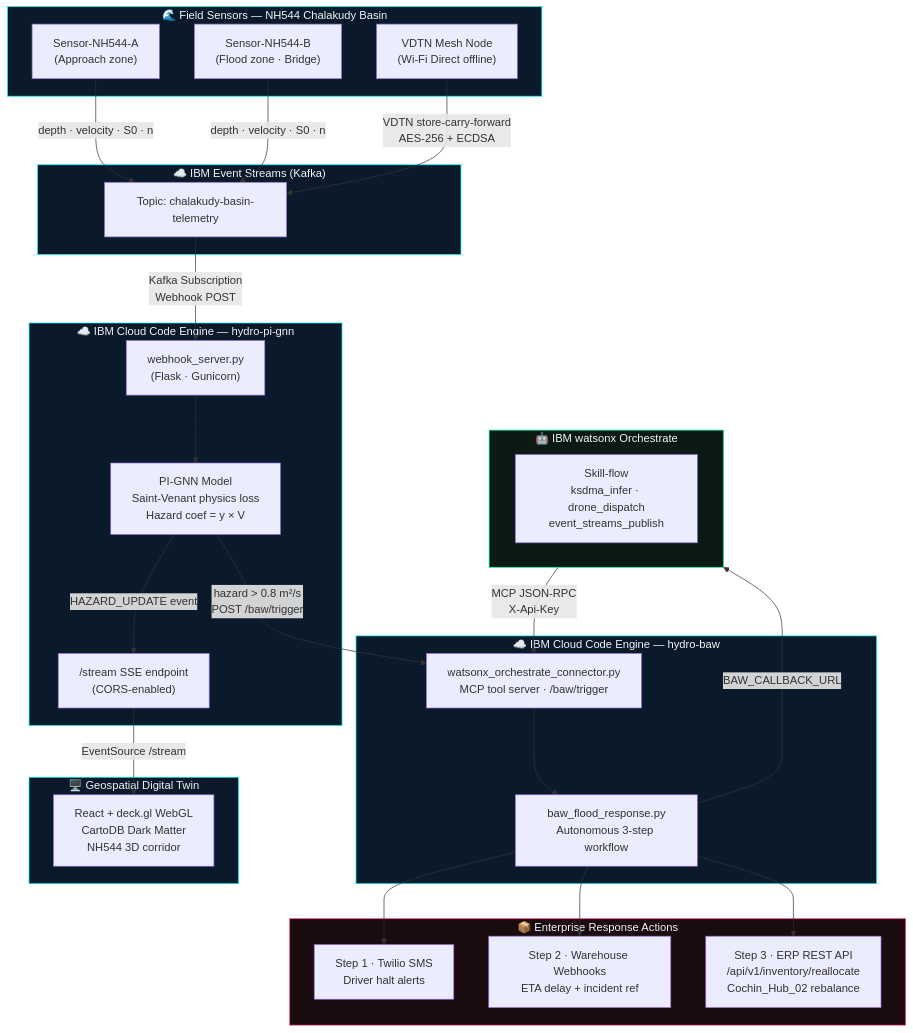
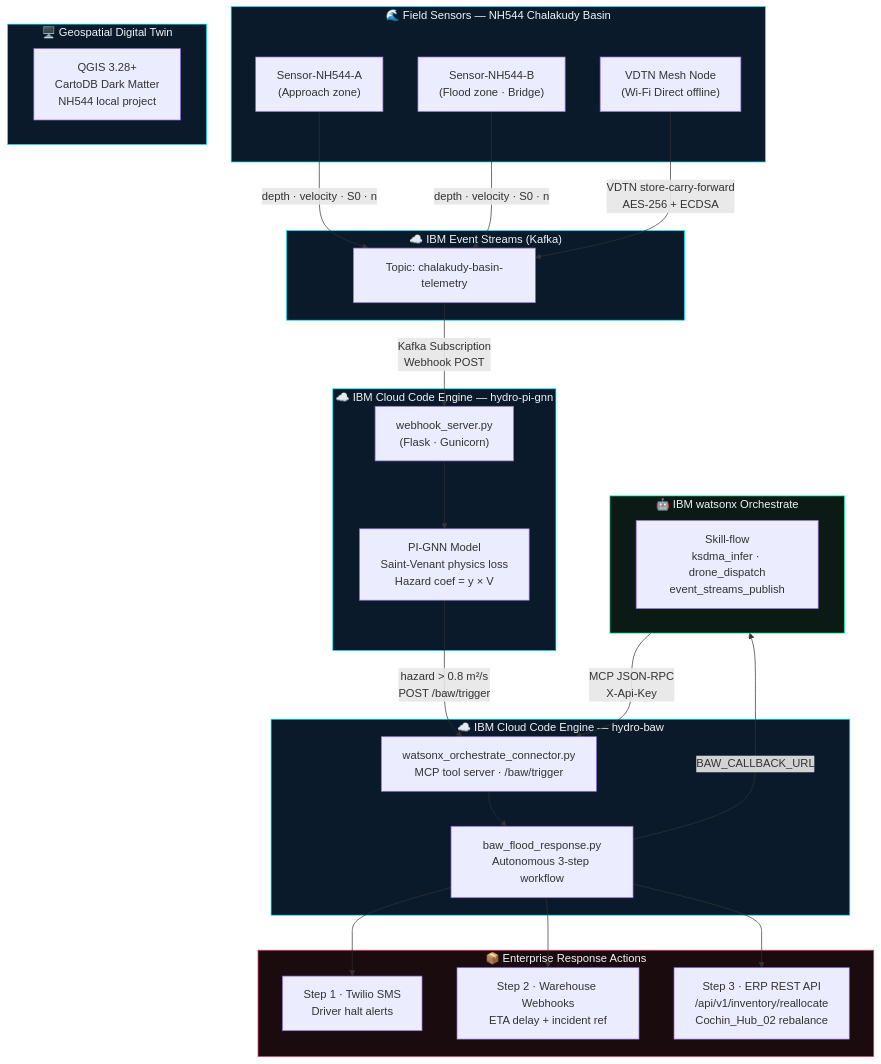
One commit to phi5ic/tmp changed the diagram in README.md. Above: the diagram before and after it, drawn with Mermaid. The commit also changed other lines of this file and 51 other files, not shown here.

````diff
--- a/README.md
+++ b/README.md
@@ -42,64 +42,60 @@
 ```mermaid
 flowchart TD
     subgraph SENSORS["🌊 Field Sensors — NH544 Chalakudy Basin"]
         SensorA["Sensor-NH544-A\n(Approach zone)"]
         SensorB["Sensor-NH544-B\n(Flood zone · Bridge)"]
         VDTN["VDTN Mesh Node\n(Wi-Fi Direct offline)"]
     end
 
     subgraph IBM_STREAMS["☁️ IBM Event Streams (Kafka)"]
         TOPIC["Topic: chalakudy-basin-telemetry"]
     end
 
     subgraph CE_PIGNN["☁️ IBM Cloud Code Engine — hydro-pi-gnn"]
         WEBHOOK["webhook_server.py\n(Flask · Gunicorn)"]
         PIGNN_MODEL["PI-GNN Model\nSaint-Venant physics loss\nHazard coef = y × V"]
-        SSE["/stream SSE endpoint\n(CORS-enabled)"]
     end
 
     subgraph CE_BAW["☁️ IBM Cloud Code Engine — hydro-baw"]
         MCP["watsonx_orchestrate_connector.py\nMCP tool server · /baw/trigger"]
         BAW["baw_flood_response.py\nAutonomous 3-step workflow"]
     end
 
     subgraph BAW_ACTIONS["📦 Enterprise Response Actions"]
         SMS["Step 1 · Twilio SMS\nDriver halt alerts"]
         WH["Step 2 · Warehouse Webhooks\nETA delay + incident ref"]
         ERP["Step 3 · ERP REST API\n/api/v1/inventory/reallocate\nCochin_Hub_02 rebalance"]
     end
 
     subgraph ORCHESTRATE["🤖 IBM watsonx Orchestrate"]
         SKILL["Skill-flow\nksdma_infer · drone_dispatch\nevent_streams_publish"]
     end
 
     subgraph TWIN["🖥️ Geospatial Digital Twin"]
-        UI["React + deck.gl WebGL\nCartoDB Dark Matter\nNH544 3D corridor"]
+        UI["QGIS 3.28+\nCartoDB Dark Matter\nNH544 local project"]
     end
 
     SensorA -->|"depth · velocity · S0 · n"| TOPIC
     SensorB -->|"depth · velocity · S0 · n"| TOPIC
     VDTN    -->|"VDTN store-carry-forward\nAES-256 + ECDSA"| TOPIC
 
     TOPIC -->|"Kafka Subscription\nWebhook POST"| WEBHOOK
     WEBHOOK --> PIGNN_MODEL
     PIGNN_MODEL -->|"hazard > 0.8 m²/s\nPOST /baw/trigger"| MCP
-    PIGNN_MODEL -->|"HAZARD_UPDATE event"| SSE
-
-    SSE -->|"EventSource /stream"| UI
 
     MCP --> BAW
     BAW --> SMS
     BAW --> WH
     BAW --> ERP
     BAW -->|"BAW_CALLBACK_URL"| ORCHESTRATE
 
     ORCHESTRATE -->|"MCP JSON-RPC\nX-Api-Key"| MCP
 
     style SENSORS       fill:#0b1a2a,stroke:#00f0ff,color:#f0f4f8
     style IBM_STREAMS   fill:#0b1a2a,stroke:#00f0ff,color:#f0f4f8
     style CE_PIGNN      fill:#0b1a2a,stroke:#00f0ff,color:#f0f4f8
     style CE_BAW        fill:#0b1a2a,stroke:#00f0ff,color:#f0f4f8
     style BAW_ACTIONS   fill:#1a0b0f,stroke:#ff3366,color:#f0f4f8
     style ORCHESTRATE   fill:#0b1a14,stroke:#00ff9d,color:#f0f4f8
     style TWIN          fill:#0b1a2a,stroke:#00f0ff,color:#f0f4f8
 ```
````
